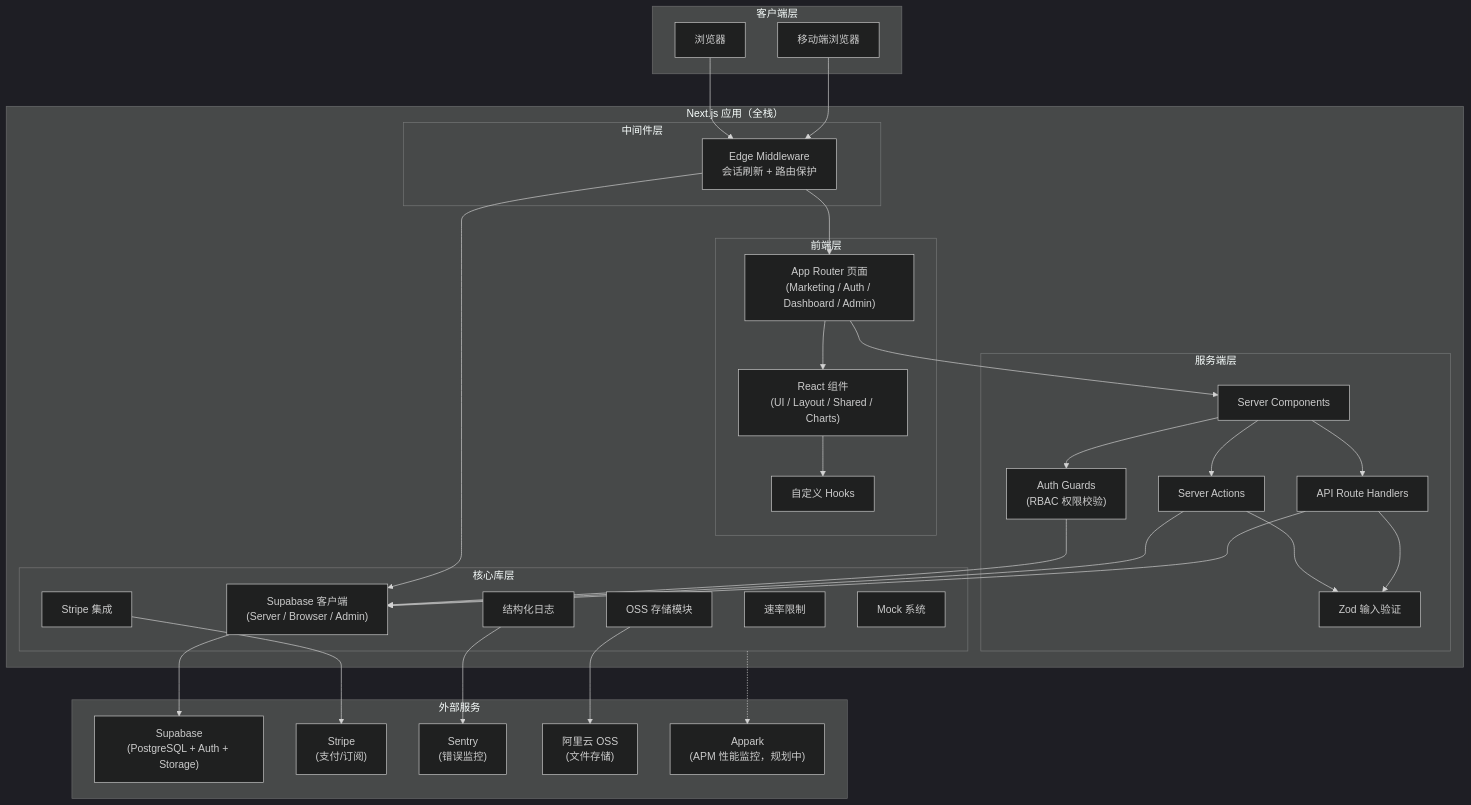
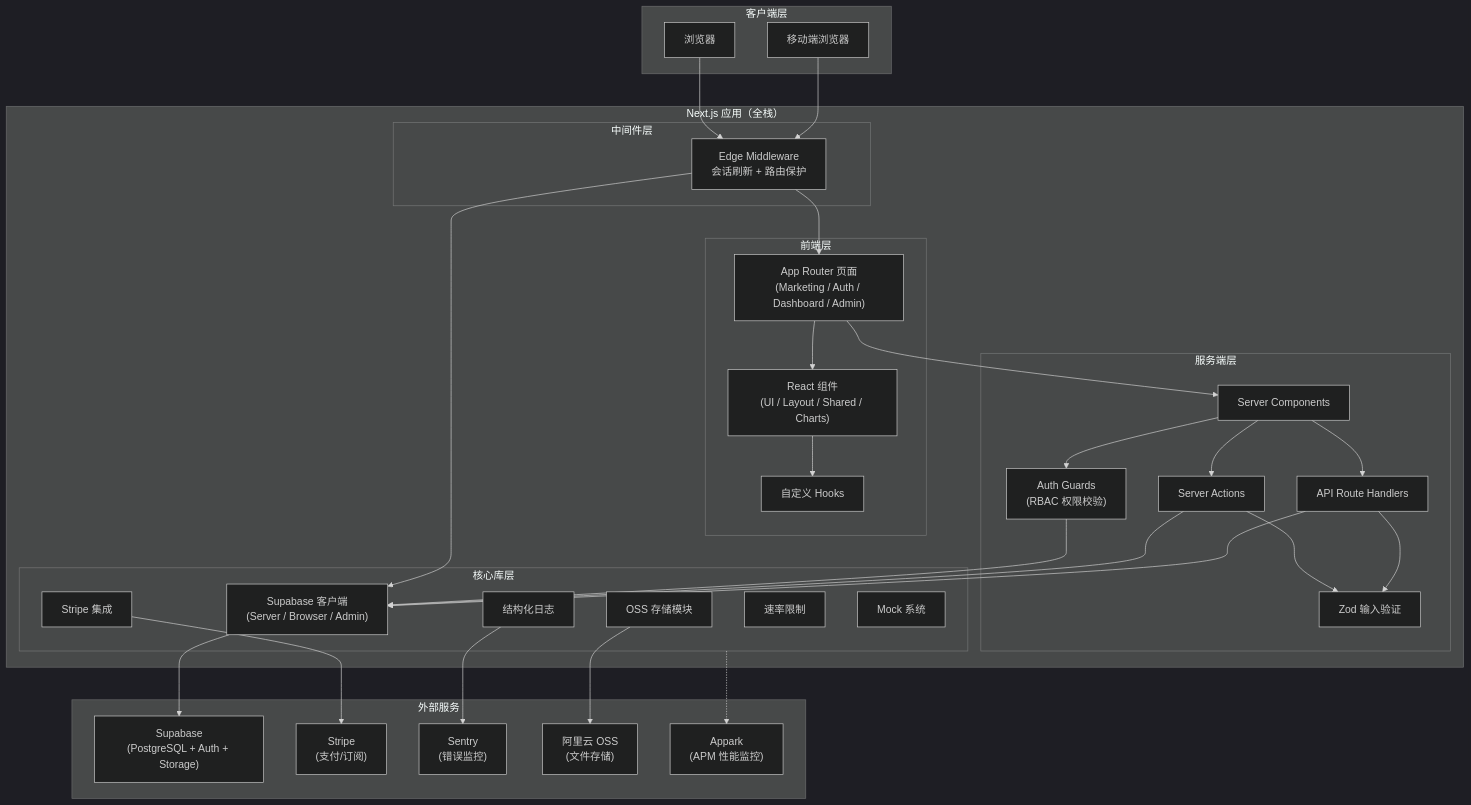
The first of 4 diagrams in docs/architecture/01-overview.md (Sun1090/IndieStack), drawn with Mermaid (dark theme) before and after one commit. The commit also changed other lines of this file and 26 other files, not shown here.

````diff
--- a/docs/architecture/01-overview.md
+++ b/docs/architecture/01-overview.md
@@ -11,65 +11,65 @@
 ```mermaid
 graph TB
     subgraph Client["客户端层"]
         Browser["浏览器"]
         Mobile["移动端浏览器"]
     end
 
     subgraph NextApp["Next.js 应用（全栈）"]
         subgraph Frontend["前端层"]
             Pages["App Router 页面<br/>(Marketing / Auth / Dashboard / Admin)"]
             Components["React 组件<br/>(UI / Layout / Shared / Charts)"]
             Hooks["自定义 Hooks"]
         end
 
         subgraph Middleware["中间件层"]
             MW["Edge Middleware<br/>会话刷新 + 路由保护"]
         end
 
         subgraph Server["服务端层"]
             ServerComponents["Server Components"]
             ServerActions["Server Actions"]
             APIRoutes["API Route Handlers"]
             Guards["Auth Guards<br/>(RBAC 权限校验)"]
             Validations["Zod 输入验证"]
         end
 
         subgraph Lib["核心库层"]
             SupabaseLib["Supabase 客户端<br/>(Server / Browser / Admin)"]
             StripeLib["Stripe 集成"]
             StorageLib["OSS 存储模块"]
             LoggerLib["结构化日志"]
             RateLimitLib["速率限制"]
             MockLib["Mock 系统"]
         end
     end
 
     subgraph External["外部服务"]
         Supabase["Supabase<br/>(PostgreSQL + Auth + Storage)"]
         Stripe["Stripe<br/>(支付/订阅)"]
         Sentry["Sentry<br/>(错误监控)"]
         OSS["阿里云 OSS<br/>(文件存储)"]
-        Appark["Appark<br/>(APM 性能监控，规划中)"]
+        Appark["Appark<br/>(APM 性能监控)"]
     end
 
     Browser --> MW
     Mobile --> MW
     MW --> Pages
     Pages --> Components
     Components --> Hooks
     MW --> SupabaseLib
     Pages --> ServerComponents
     ServerComponents --> Guards
     ServerComponents --> ServerActions
     ServerComponents --> APIRoutes
     ServerActions --> Validations
     APIRoutes --> Validations
     Guards --> SupabaseLib
     ServerActions --> SupabaseLib
     APIRoutes --> SupabaseLib
     SupabaseLib --> Supabase
     StripeLib --> Stripe
     StorageLib --> OSS
     LoggerLib --> Sentry
     Lib -.-> Appark
 ```
````
